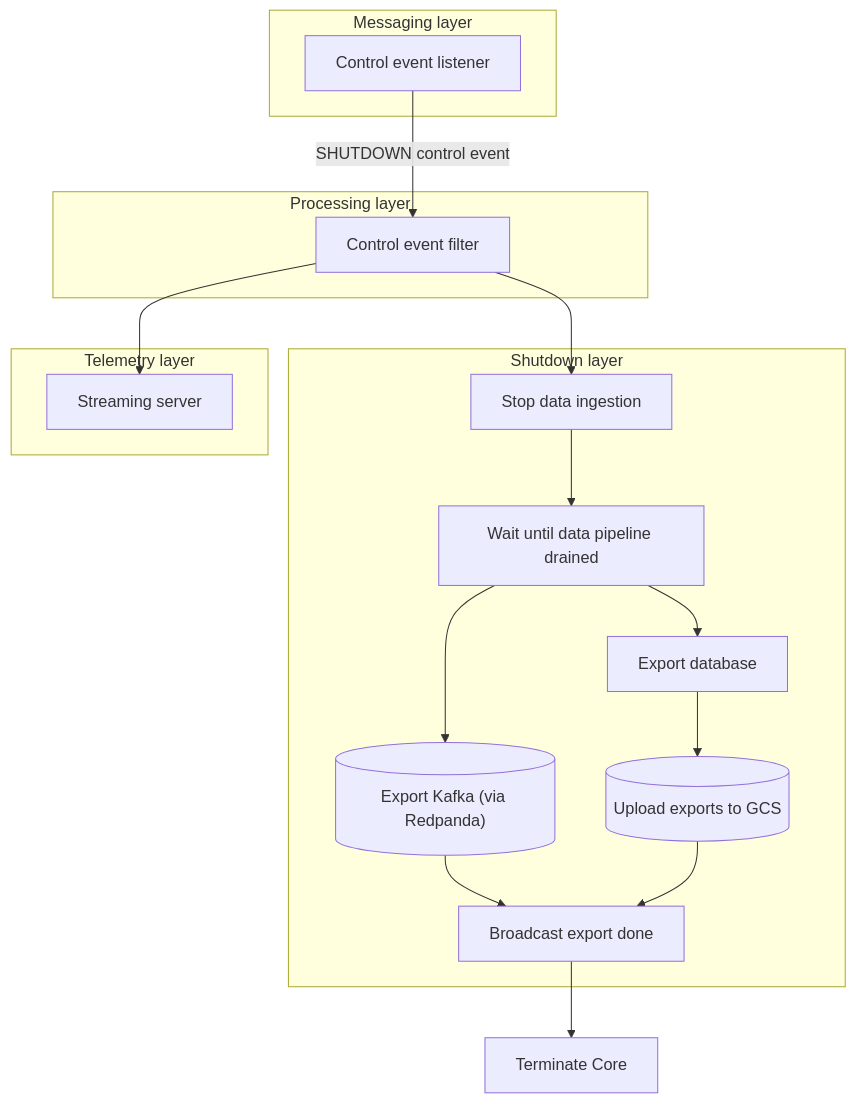
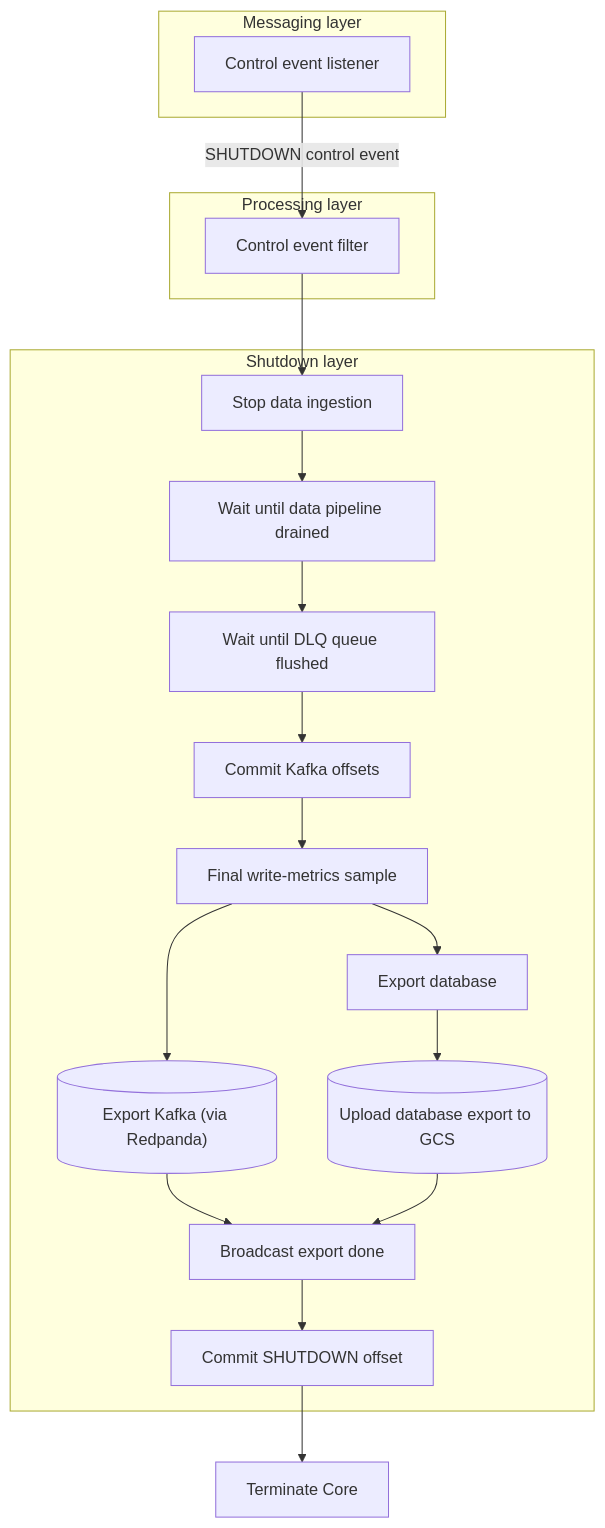
Before and after one commit to ChronoRacer/chronoracer: the third of 3 diagrams in docs/component-core.md, drawn with Mermaid. The commit also changed other lines of this file and 75 other files, not shown here.

````diff
--- a/docs/component-core.md
+++ b/docs/component-core.md
@@ -251,36 +384,39 @@
 ```mermaid
 flowchart TB
   subgraph kafka["Messaging layer"]
     kafkaControl["Control event listener"]
   end
 
   subgraph process["Processing layer"]
     filterControl["Control event filter"]
   end
 
   subgraph shutdown["Shutdown layer"]
     dataStop["Stop data ingestion"]
     pipelineDrain["Wait until data pipeline drained"]
+    dlqDrain["Wait until DLQ queue flushed"]
+    commitOffsets["Commit Kafka offsets"]
+    finalMetrics["Final write-metrics sample"]
     exportKafka[("Export Kafka (via Redpanda)")]
     exportDb["Export database"]
-    gcsWriter[("Upload exports to GCS")]
+    gcsWriter[("Upload database export to GCS")]
     notify["Broadcast export done"]
+    commitShutdown["Commit SHUTDOWN offset"]
   end
 
-  subgraph telemetry["Telemetry layer"]
-    tel_stream["Streaming server"]
-  end
-  
   shutdownCore["Terminate Core"]
 
   kafkaControl -->|SHUTDOWN control event| filterControl
-  filterControl -->tel_stream
   filterControl --> dataStop
   dataStop --> pipelineDrain
-  pipelineDrain --> exportKafka
-  pipelineDrain --> exportDb
+  pipelineDrain --> dlqDrain
+  dlqDrain --> commitOffsets
+  commitOffsets --> finalMetrics
+  finalMetrics --> exportKafka
+  finalMetrics --> exportDb
   exportDb --> gcsWriter
   exportKafka --> notify
   gcsWriter --> notify
-  notify --> shutdownCore
+  notify --> commitShutdown
+  commitShutdown --> shutdownCore
 ```
````
